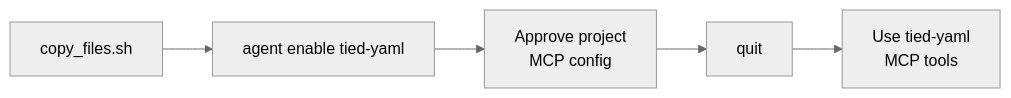
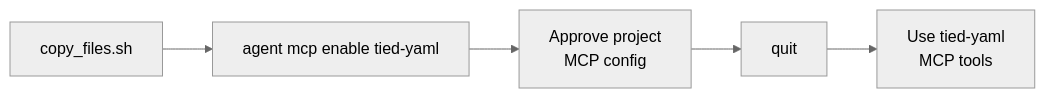
Before and after one commit to fareedst/bkpdir: the seventh of 7 diagrams in tied/docs/methodology-diagrams.md, drawn with Mermaid (neutral theme). The commit also changed other lines of this file and 683 other files, not shown here.

````diff
--- a/tied/docs/methodology-diagrams.md
+++ b/tied/docs/methodology-diagrams.md
@@ -241,9 +241,9 @@
 ```mermaid
 flowchart LR
   CopyFiles["copy_files.sh"]
-  AgentEnable["agent enable tied-yaml"]
+  AgentEnable["agent mcp enable tied-yaml"]
   Approve["Approve project\nMCP config"]
   Quit["quit"]
   UseMcp["Use tied-yaml\nMCP tools"]
   CopyFiles --> AgentEnable --> Approve --> Quit --> UseMcp
 ```
````
